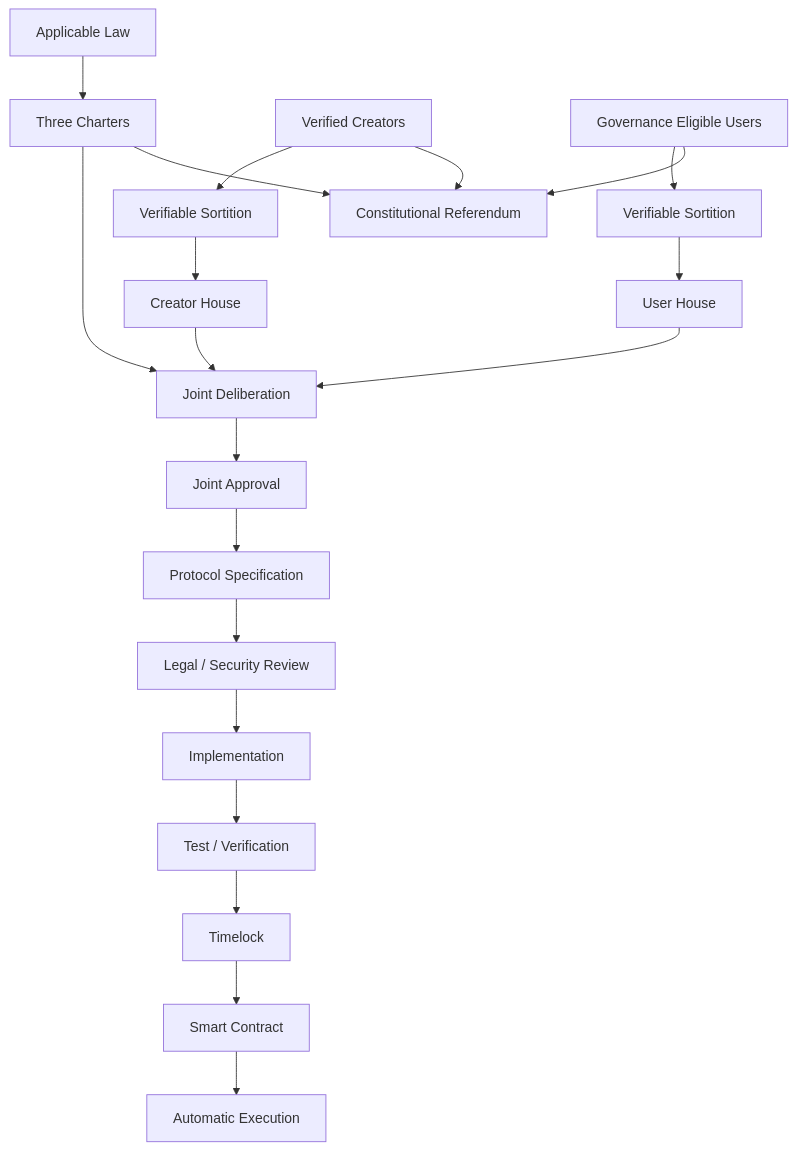
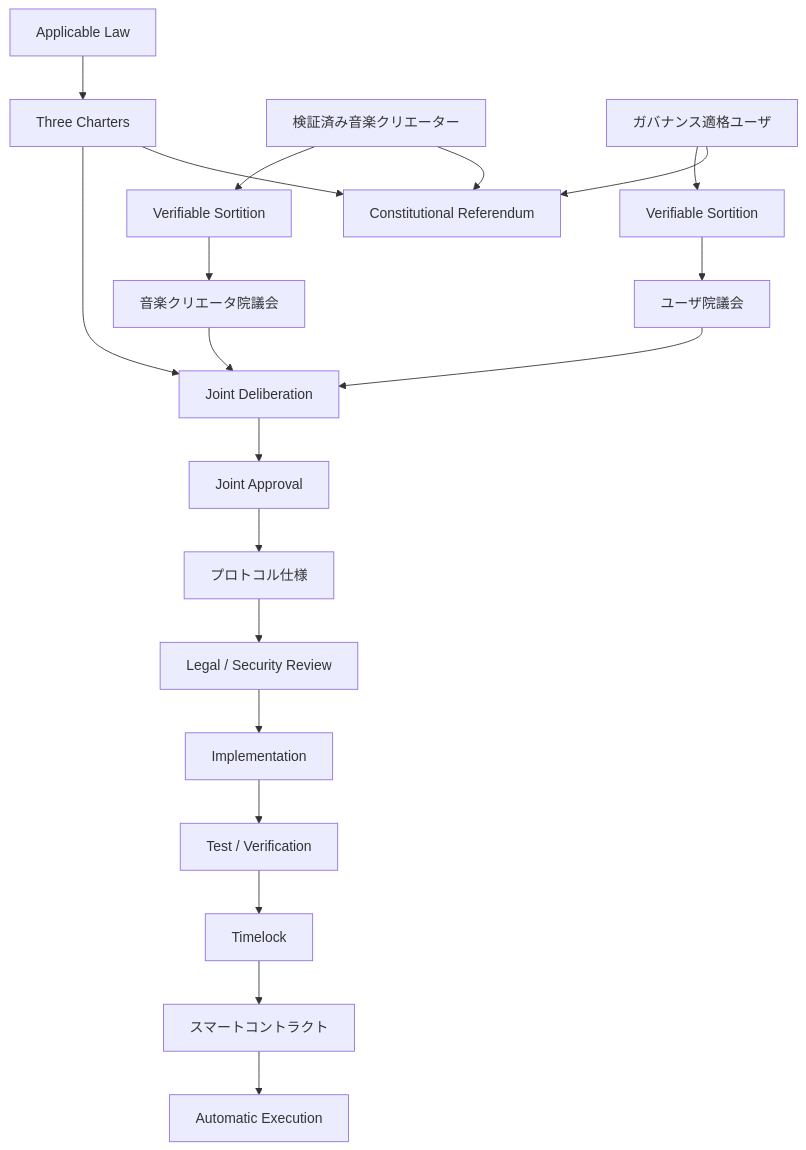
Before and after one commit to ShigeichiroYamasaki/creator-first-platform: diagram 23 of 23 in docs/whitepaper/07-governance.md, drawn with Mermaid. The commit also changed other lines of this file and 67 other files, not shown here.

````diff
--- a/docs/whitepaper/07-governance.md
+++ b/docs/whitepaper/07-governance.md
@@ -1076,34 +1129,34 @@
 ```mermaid
 flowchart TD
     LAW[Applicable Law]
     CONST[Three Charters]
 
     LAW --> CONST
 
-    CREATOR[Verified Creators]
-    USER[Governance Eligible Users]
+    CREATOR[検証済み音楽クリエーター]
+    USER[ガバナンス適格ユーザ]
 
     CREATOR --> CSORT[Verifiable Sortition]
     USER --> USORT[Verifiable Sortition]
 
-    CSORT --> CH[Creator House]
-    USORT --> UH[User House]
+    CSORT --> CH[音楽クリエータ院議会]
+    USORT --> UH[ユーザ院議会]
 
     CH --> DELIB[Joint Deliberation]
     UH --> DELIB
 
     CONST --> DELIB
 
     DELIB --> DECISION[Joint Approval]
-    DECISION --> SPEC[Protocol Specification]
+    DECISION --> SPEC[プロトコル仕様]
     SPEC --> LEGAL[Legal / Security Review]
     LEGAL --> IMPLEMENT[Implementation]
     IMPLEMENT --> TEST[Test / Verification]
     TEST --> TIME[Timelock]
-    TIME --> CODE[Smart Contract]
+    TIME --> CODE[スマートコントラクト]
     CODE --> EXEC[Automatic Execution]
 
     CONST --> REFERENDUM[Constitutional Referendum]
     CREATOR --> REFERENDUM
     USER --> REFERENDUM
 ```
````
